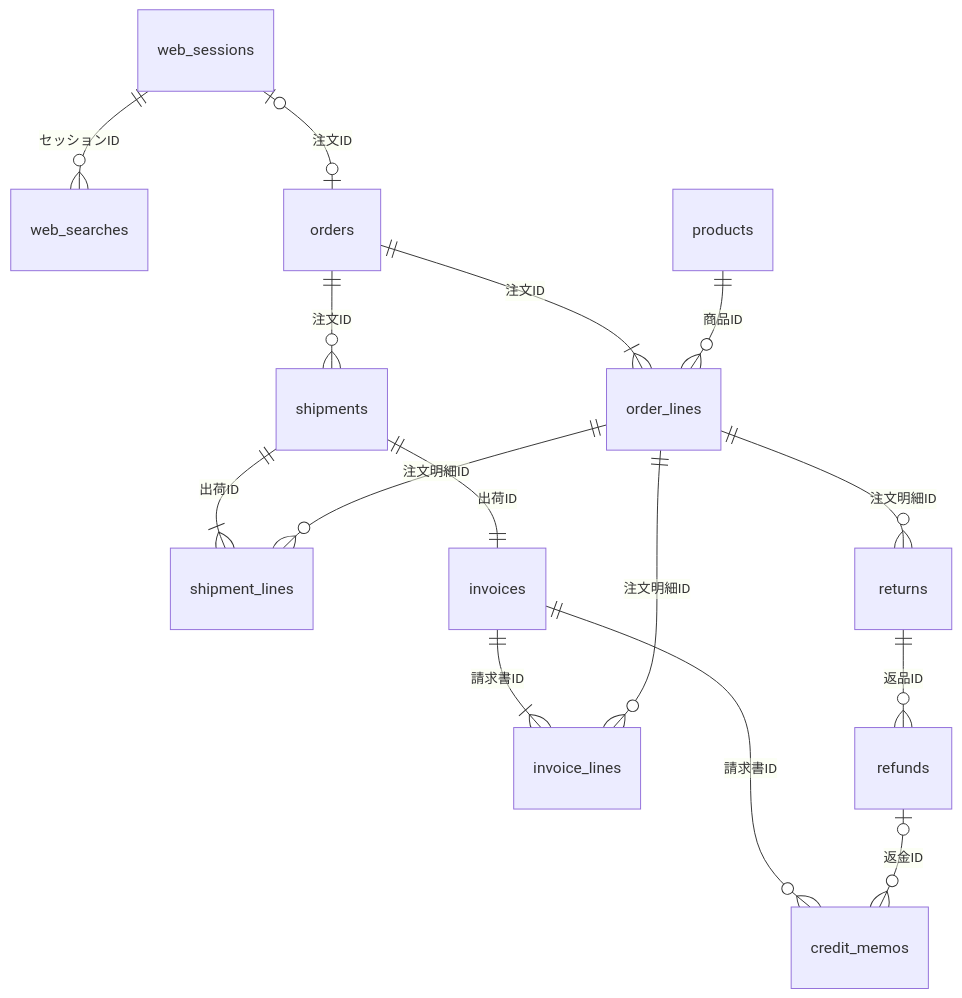
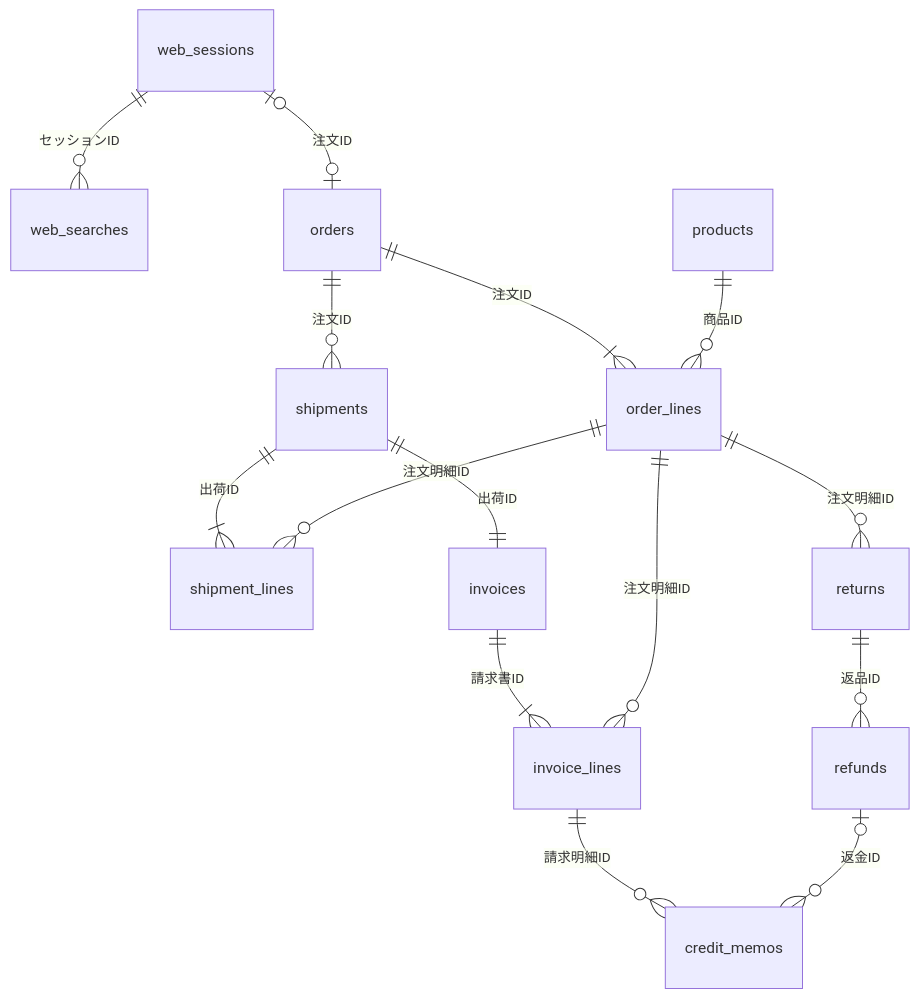
Before and after one commit to YoshitakaArakawa/SampleHyperStore: the third of 4 diagrams in ja/README.md, drawn with Mermaid. The commit also changed 20 other files, not shown here.

````diff
--- a/ja/README.md
+++ b/ja/README.md
@@ -71,17 +71,17 @@
 ```mermaid
 erDiagram
     web_sessions ||--o{ web_searches : "セッションID"
     web_sessions |o--o| orders : "注文ID"
     orders ||--|{ order_lines : "注文ID"
     products ||--o{ order_lines : "商品ID"
     orders ||--o{ shipments : "注文ID"
     shipments ||--|{ shipment_lines : "出荷ID"
     order_lines ||--o{ shipment_lines : "注文明細ID"
     shipments ||--|| invoices : "出荷ID"
     invoices ||--|{ invoice_lines : "請求書ID"
     order_lines ||--o{ invoice_lines : "注文明細ID"
     order_lines ||--o{ returns : "注文明細ID"
     returns ||--o{ refunds : "返品ID"
-    invoices ||--o{ credit_memos : "請求書ID"
+    invoice_lines ||--o{ credit_memos : "請求明細ID"
     refunds |o--o{ credit_memos : "返金ID"
 ```
````
